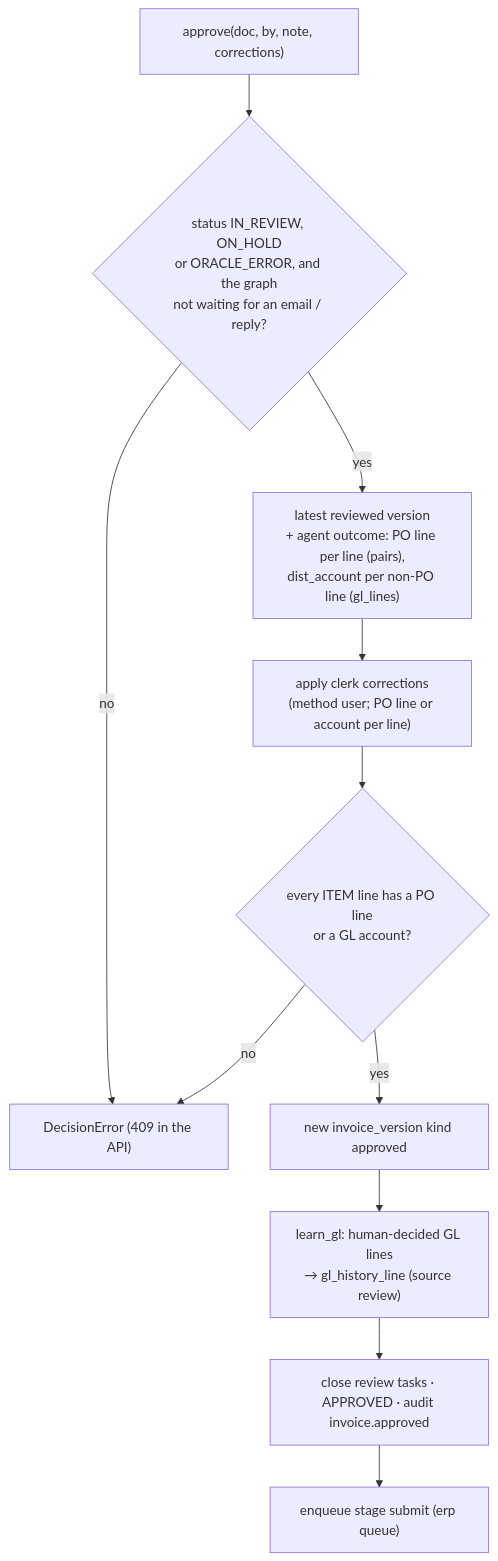
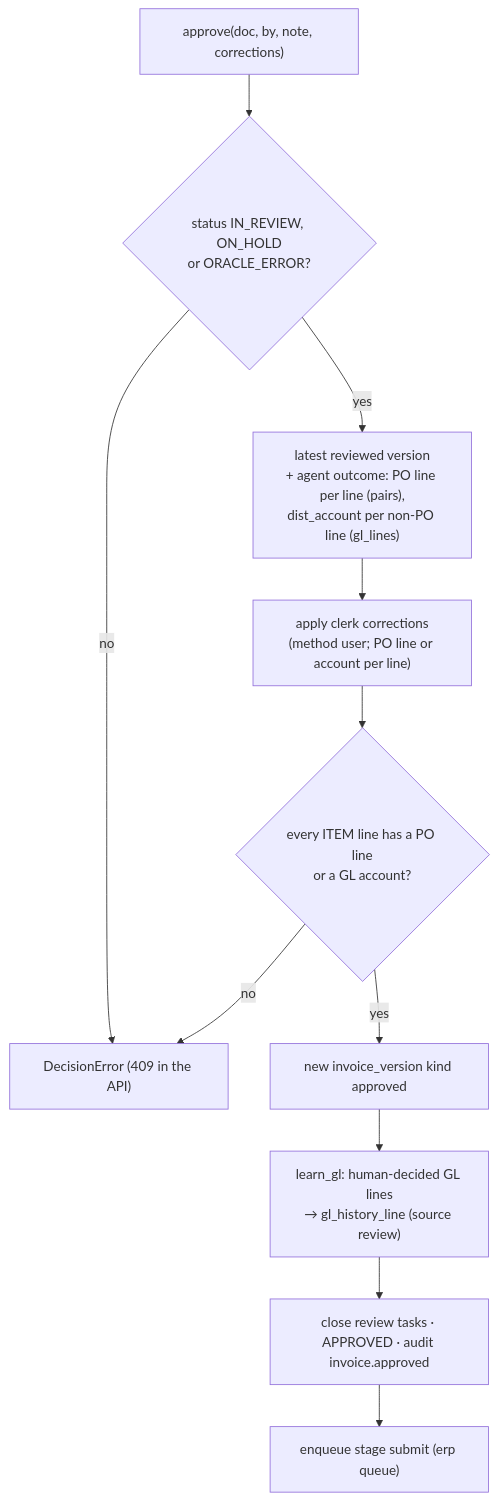
Before and after one commit to Ajinkya2101/AAP: diagram 13 of 18 in docs/HOW-IT-WORKS.md, drawn with Mermaid. The commit also changed other lines of this file and 2 other files, not shown here.

````diff
--- a/docs/HOW-IT-WORKS.md
+++ b/docs/HOW-IT-WORKS.md
@@ -735,13 +642,13 @@
 ```mermaid
 flowchart TD
-    a["approve(doc, by, note, corrections)"] --> c1{"status IN_REVIEW, ON_HOLD<br/>or ORACLE_ERROR, and the graph<br/>not waiting for an email / reply?"}
+    a["approve(doc, by, note, corrections)"] --> c1{"status IN_REVIEW, ON_HOLD<br/>or ORACLE_ERROR?"}
     c1 -- no --> x["DecisionError (409 in the API)"]
     c1 -- yes --> m["latest reviewed version<br/>+ agent outcome: PO line per line (pairs),<br/>dist_account per non-PO line (gl_lines)"]
     m --> corr["apply clerk corrections<br/>(method user; PO line or account per line)"]
     corr --> chk{"every ITEM line has a PO line<br/>or a GL account?"}
     chk -- no --> x
     chk -- yes --> v["new invoice_version kind approved"]
     v --> learn["learn_gl: human-decided GL lines<br/>→ gl_history_line (source review)"]
     learn --> st["close review tasks · APPROVED · audit invoice.approved"]
     st --> q["enqueue stage submit (erp queue)"]
 ```
````
